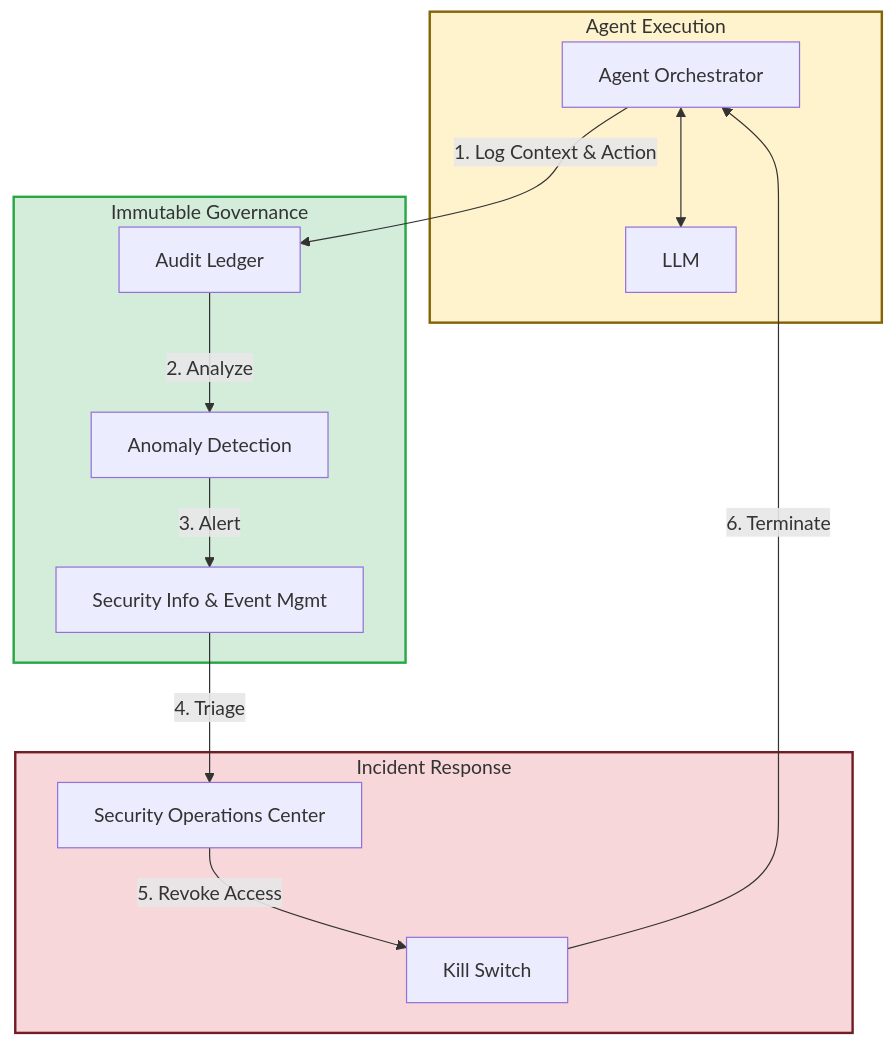
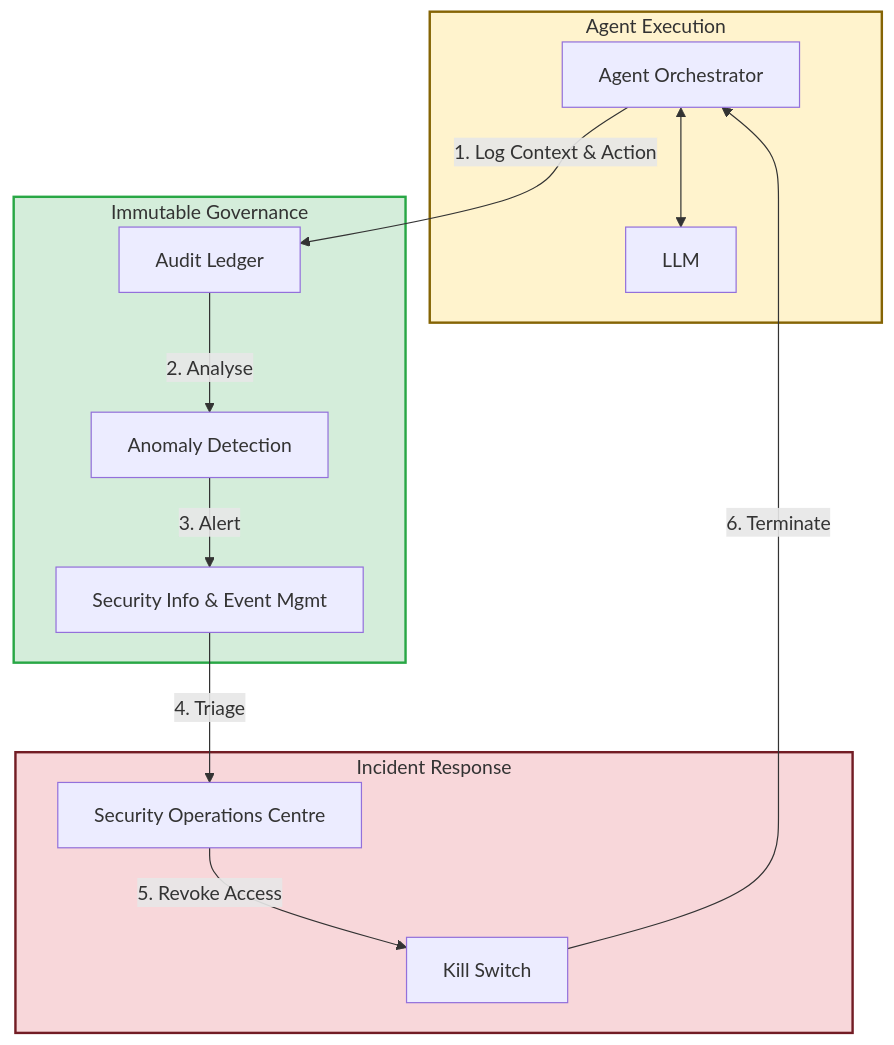
One commit to vuhung16au/prompt-to-system changed the diagram in src/content/lessons/operational-ai-governance.md. Above: the diagram before and after it, drawn with Mermaid. The commit also changed 89 other files, not shown here.

````diff
--- a/src/content/lessons/operational-ai-governance.md
+++ b/src/content/lessons/operational-ai-governance.md
@@ -41,34 +41,34 @@
 ```mermaid
 flowchart TD
     subgraph ExecutionZone [Agent Execution]
         A[Agent Orchestrator]
         M[LLM]
         A <--> M
     end
 
     subgraph ObservabilityZone [Immutable Governance]
         AL[Audit Ledger]
         AD[Anomaly Detection]
         SIEM[Security Info & Event Mgmt]
     end
 
     subgraph ResponseZone [Incident Response]
-        SOC[Security Operations Center]
+        SOC[Security Operations Centre]
         KB[Kill Switch]
     end
 
     A -->|1. Log Context & Action| AL
-    AL -->|2. Analyze| AD
+    AL -->|2. Analyse| AD
     AD -->|3. Alert| SIEM
     SIEM -->|4. Triage| SOC
     SOC -->|5. Revoke Access| KB
     KB -->|6. Terminate| A
 
     classDef exec fill:#fff3cd,stroke:#856404,stroke-width:2px;
     classDef gov fill:#d4edda,stroke:#28a745,stroke-width:2px;
     classDef resp fill:#f8d7da,stroke:#721c24,stroke-width:2px;
     
     class ExecutionZone exec;
     class ObservabilityZone gov;
     class ResponseZone resp;
 ```
````
